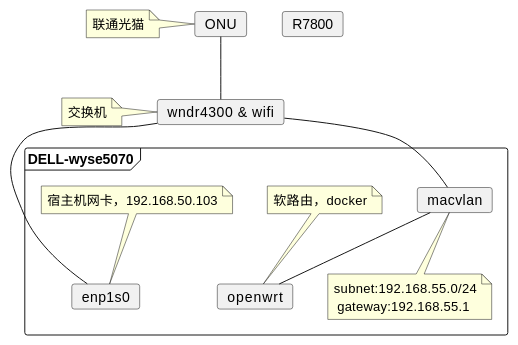
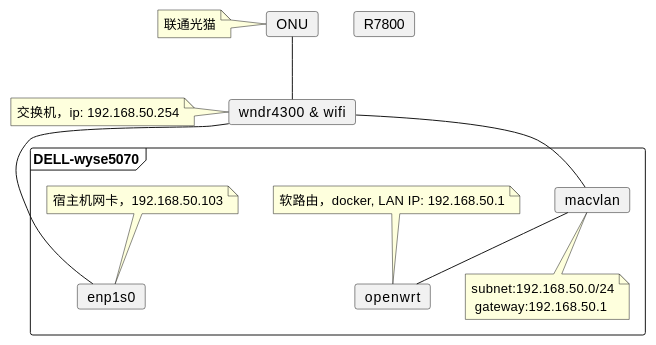
One commit to wiloon/blog changed the first of 2 diagrams in content/post/archive-3/2020-04-26-软路由.md. Above: the diagram before and after it, drawn with PlantUML. The commit also changed other lines of this file and 4 other files, not shown here.

````diff
--- a/content/post/archive-3/2020-04-26-软路由.md
+++ b/content/post/archive-3/2020-04-26-软路由.md
@@ -13,28 +13,27 @@
 ```puml
 @startuml
 card ONU as onu
 note left: 联通光猫
 card "wndr4300 & wifi" as switch
-note left: 交换机
+note left: 交换机，ip: 192.168.50.254
 
 frame DELL-wyse5070{
     card enp1s0
     note top: 宿主机网卡，192.168.50.103
 
     card macvlan as router_macvlan
-    note bottom: subnet:192.168.55.0/24\n gateway:192.168.55.1
+    note bottom: subnet:192.168.50.0/24\n gateway:192.168.50.1
 
     card openwrt as router
-    note top: 软路由，docker
+    note top: 软路由，docker, LAN IP: 192.168.50.1
 }
-
 
 card R7800
 
 
 onu -- switch
 switch -- enp1s0
 switch -- router_macvlan
 router_macvlan -- router
 @enduml
 ```
````
